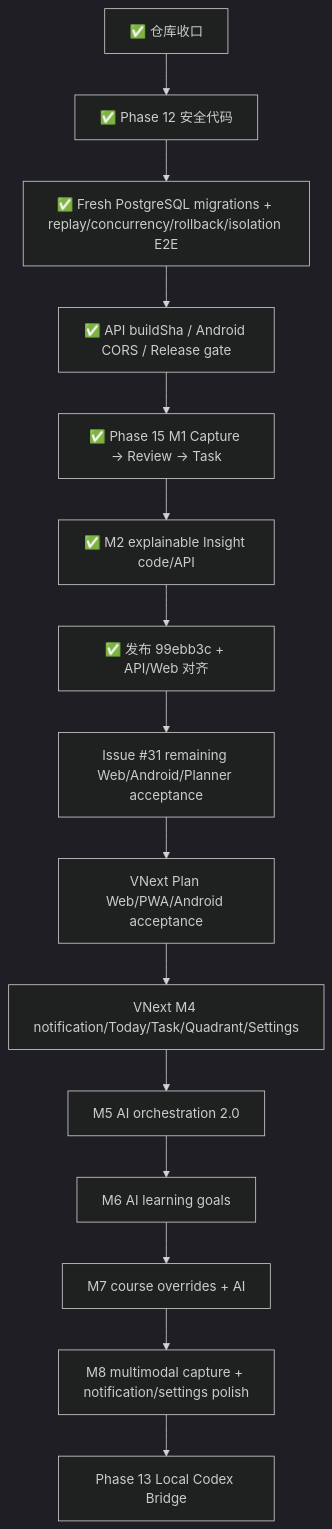
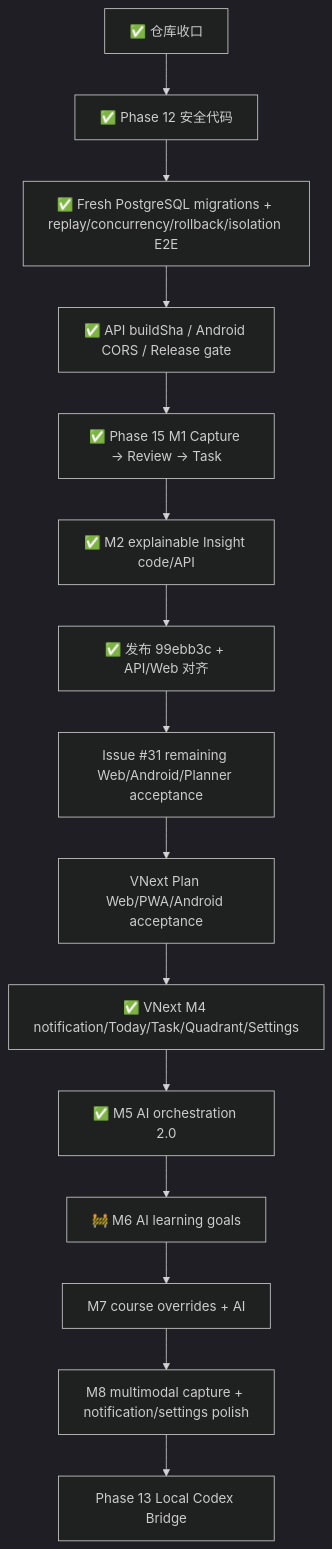
One commit to tiads031-boop/sparkflow changed the second of 2 diagrams in PROJECT_BLUEPRINT.md. Above: the diagram before and after it, drawn with Mermaid (dark theme). The commit also changed other lines of this file, not shown here.

````diff
--- a/PROJECT_BLUEPRINT.md
+++ b/PROJECT_BLUEPRINT.md
@@ -317,17 +323,17 @@
 ```mermaid
 flowchart TD
     A["✅ 仓库收口"] --> B["✅ Phase 12 安全代码"]
     B --> C["✅ Fresh PostgreSQL migrations + replay/concurrency/rollback/isolation E2E"]
     C --> D["✅ API buildSha / Android CORS / Release gate"]
     D --> E["✅ Phase 15 M1 Capture → Review → Task"]
     E --> F["✅ M2 explainable Insight code/API"]
     F --> G["✅ 发布 99ebb3c + API/Web 对齐"]
     G --> H["Issue #31 remaining Web/Android/Planner acceptance"]
     H --> I["VNext Plan Web/PWA/Android acceptance"]
-    I --> K["VNext M4 notification/Today/Task/Quadrant/Settings"]
-    K --> L["M5 AI orchestration 2.0"]
-    L --> M["M6 AI learning goals"]
+    I --> K["✅ VNext M4 notification/Today/Task/Quadrant/Settings"]
+    K --> L["✅ M5 AI orchestration 2.0"]
+    L --> M["🚧 M6 AI learning goals"]
     M --> N["M7 course overrides + AI"]
     N --> O["M8 multimodal capture + notification/settings polish"]
     O --> J["Phase 13 Local Codex Bridge"]
 ```
````
